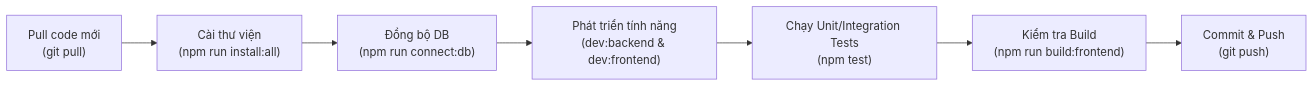
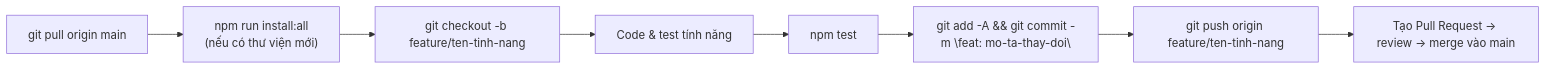
One commit to chinguyen-mr/student-parttime-marketplace changed the second of 2 diagrams in README.md. Above: the diagram before and after it, drawn with Mermaid. The commit also changed other lines of this file and 326 other files, not shown here.

````diff
--- a/README.md
+++ b/README.md
@@ -589,9 +526,10 @@
 ```mermaid
 flowchart LR
-    A["Pull code mới\n(git pull)"] --> B["Cài thư viện\n(npm run install:all)"]
-    B --> C["Đồng bộ DB\n(npm run connect:db)"]
-    C --> D["Phát triển tính năng\n(dev:backend & dev:frontend)"]
-    D --> E["Chạy Unit/Integration Tests\n(npm test)"]
-    E --> F["Kiểm tra Build\n(npm run build:frontend)"]
-    F --> G["Commit & Push\n(git push)"]
+    A["git pull origin main"] --> B["npm run install:all\n(nếu có thư viện mới)"]
+    B --> C["git checkout -b feature/ten-tinh-nang"]
+    C --> D["Code & test tính năng"]
+    D --> E["npm test"]
+    E --> F["git add -A && git commit -m \"feat: mo-ta-thay-doi\""]
+    F --> G["git push origin feature/ten-tinh-nang"]
+    G --> H["Tạo Pull Request → review → merge vào main"]
 ```
````
